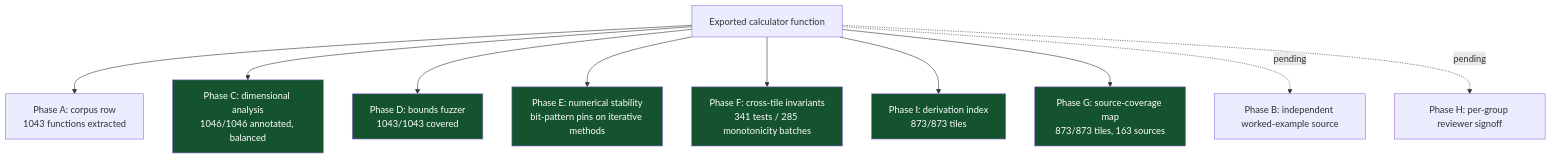
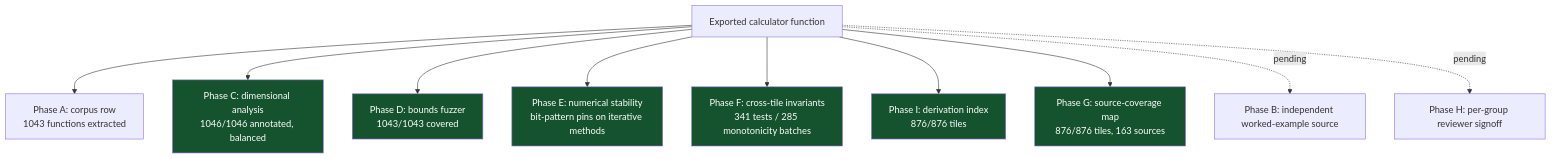
The sixth of 8 diagrams in README.md (clay-good/roughlogic.com), drawn with Mermaid before and after one commit. The commit also changed other lines of this file and 20 other files, not shown here.

````diff
--- a/README.md
+++ b/README.md
@@ -519,18 +519,18 @@
 ```mermaid
 flowchart TB
     F[Exported calculator function] --> A[Phase A: corpus row\n1043 functions extracted]
     F --> C[Phase C: dimensional analysis\n1046/1046 annotated, balanced]
     F --> D[Phase D: bounds fuzzer\n1043/1043 covered]
     F --> E[Phase E: numerical stability\nbit-pattern pins on iterative methods]
     F --> Fa[Phase F: cross-tile invariants\n341 tests / 285 monotonicity batches]
-    F --> I[Phase I: derivation index\n873/873 tiles]
-    F --> G[Phase G: source-coverage map\n873/873 tiles, 163 sources]
+    F --> I[Phase I: derivation index\n876/876 tiles]
+    F --> G[Phase G: source-coverage map\n876/876 tiles, 163 sources]
     F -.pending.-> B[Phase B: independent worked-example source]
     F -.pending.-> H[Phase H: per-group reviewer signoff]
     style C fill:#14532d,color:#fff
     style D fill:#14532d,color:#fff
     style E fill:#14532d,color:#fff
     style Fa fill:#14532d,color:#fff
     style G fill:#14532d,color:#fff
     style I fill:#14532d,color:#fff
 ```
````
